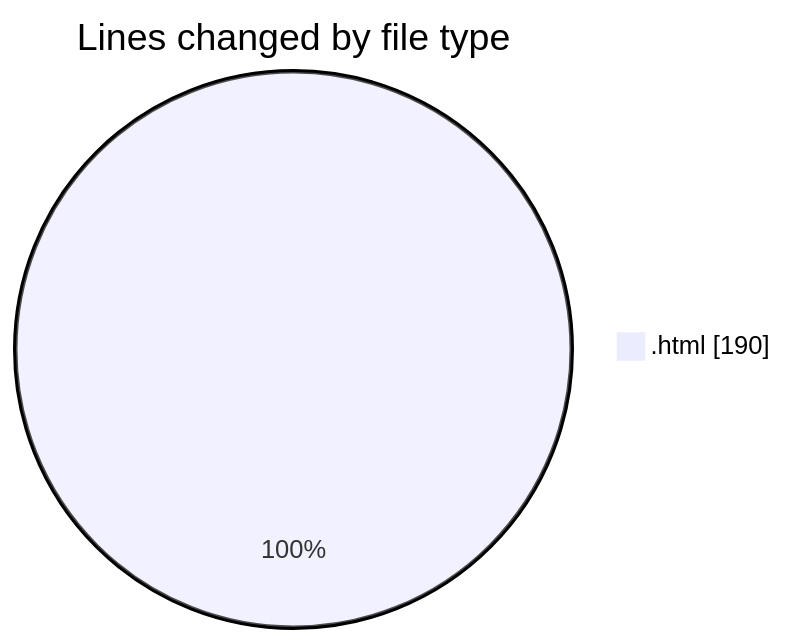
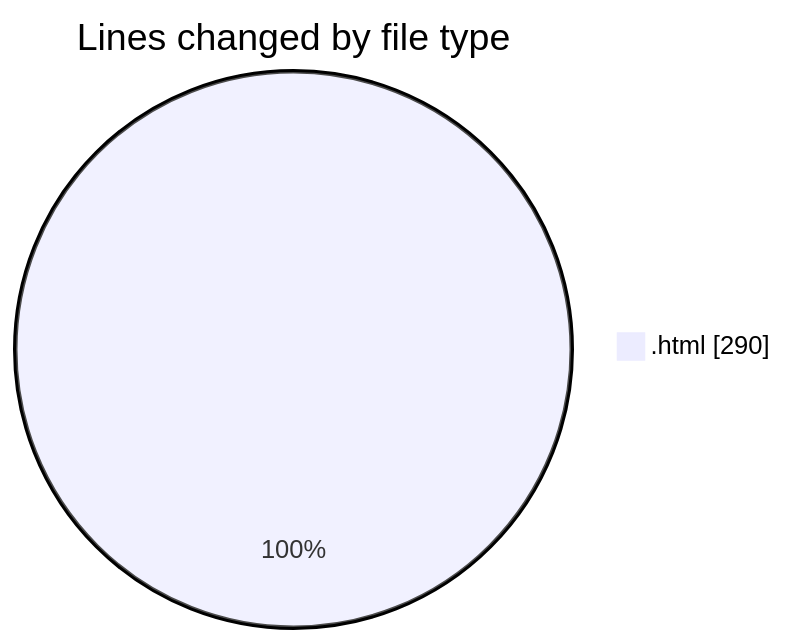
One commit to FelipKnott/code-tracking changed the first of 2 diagrams in 2025-07-15/frontend/README.md. Above: the diagram before and after it, drawn with Mermaid. The commit also changed other lines of this file and 2 other files, not shown here.

````diff
--- a/2025-07-15/frontend/README.md
+++ b/2025-07-15/frontend/README.md
@@ -20,5 +20,5 @@
 ```mermaid
 pie showData
 title Lines changed by file type
-".html" : 190
+".html" : 290
 ```
````
